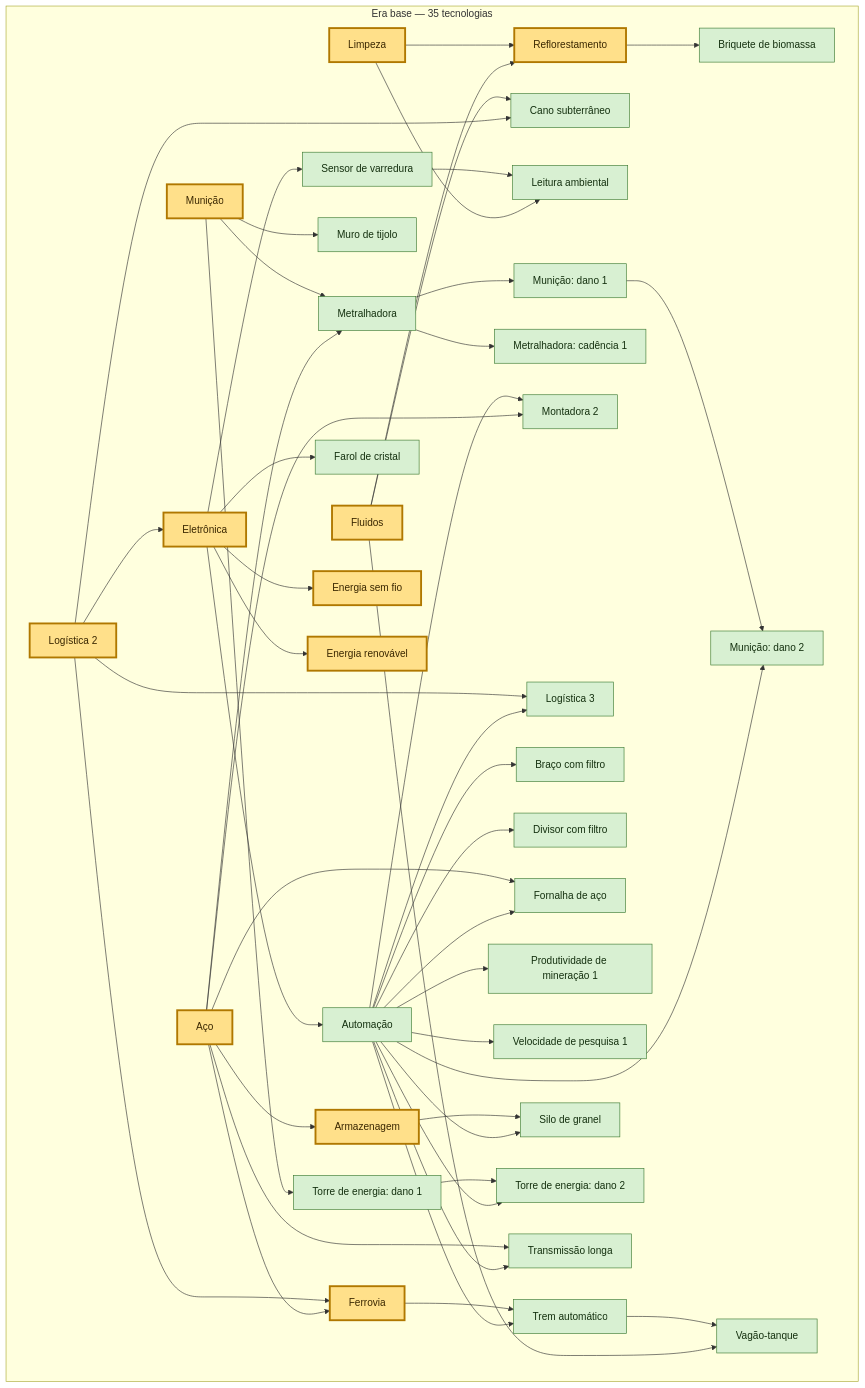
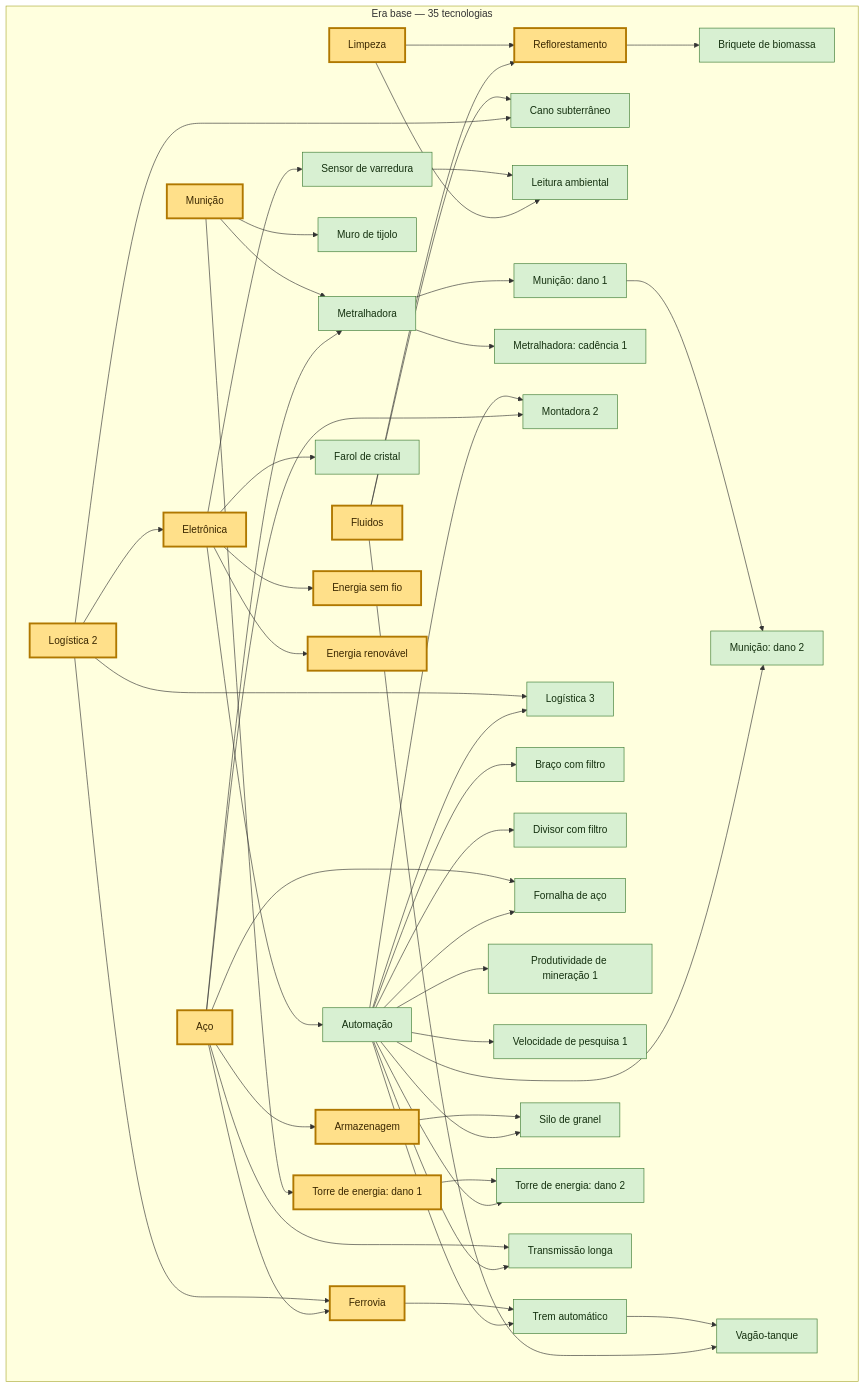
Before and after one commit to Sapyst/PlanetaFactory: the second of 5 diagrams in docs/ARVORE_TECNOLOGIA_FLUXO.md, drawn with Mermaid. The commit also changed other lines of this file and 19 other files, not shown here.

````diff
--- a/docs/ARVORE_TECNOLOGIA_FLUXO.md
+++ b/docs/ARVORE_TECNOLOGIA_FLUXO.md
@@ -614,6 +614,6 @@
   classDef existente fill:#ffe08a,stroke:#b07800,stroke-width:3px,color:#3a2700
   classDef objetivo fill:#ff9f80,stroke:#b3261e,stroke-width:4px,color:#3d0a05
   classDef externo fill:#eeeeee,stroke:#888888,stroke-dasharray:5 4,color:#555555
-  class defesa,logistica,aco,fluidos,limpeza,eletronica,armazenagem,reflorestar,ferrovia,sem_fio,renovavel existente
-  class muros_reforcados,dano_energia_1,cano_subterraneo,sensor_varredura,farol_cristal,monitor_ambiental,briquete,automacao,torre_metralhadora,dano_bala_1,cadencia_bala_1,montadora_2,logistica_3,braco_filtro,divisor_filtro,fornalha_aco,mineracao_1,pesquisa_vel_1,trem_automatico,silo_granel,dano_bala_2,dano_energia_2,transmissao,vagao_tanque base
+  class defesa,dano_energia_1,logistica,aco,fluidos,limpeza,eletronica,armazenagem,reflorestar,ferrovia,sem_fio,renovavel existente
+  class muros_reforcados,cano_subterraneo,sensor_varredura,farol_cristal,monitor_ambiental,briquete,automacao,torre_metralhadora,dano_bala_1,cadencia_bala_1,montadora_2,logistica_3,braco_filtro,divisor_filtro,fornalha_aco,mineracao_1,pesquisa_vel_1,trem_automatico,silo_granel,dano_bala_2,dano_energia_2,transmissao,vagao_tanque base
 ```
````
